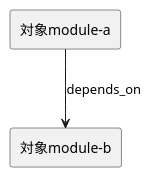
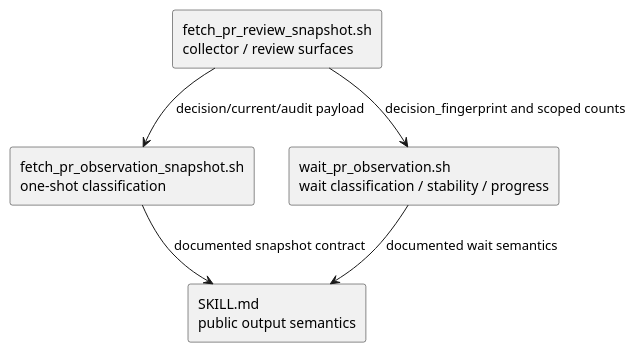
The first of 2 diagrams in spec-dock/initiatives/init-local-00003-architecture-maintenance-and-hardening/epics/epic-00067-installed-layout-aligned-asset-source-structure-for-agent-tooling/issues/iss-00182-limit-pr-observation-final-status-to-current-trigger-boundary/design.md (chemitaro/spec-dock), drawn with PlantUML before and after one commit. The commit also changed other lines of this file and 6 other files, not shown here.

````diff
--- a/spec-dock/initiatives/init-local-00003-architecture-maintenance-and-hardening/epics/epic-00067-installed-layout-aligned-asset-source-structure-for-agent-tooling/issues/iss-00182-limit-pr-observation-final-status-to-current-trigger-boundary/design.md
+++ b/spec-dock/initiatives/init-local-00003-architecture-maintenance-and-hardening/epics/epic-00067-installed-layout-aligned-asset-source-structure-for-agent-tooling/issues/iss-00182-limit-pr-observation-final-status-to-current-trigger-boundary/design.md
@@ -88,11 +283,15 @@
 ```plantuml
 @startuml
 top to bottom direction
-' show module / class / file / function dependencies that affect implementation order
-' do not copy Initiative/Epic diagrams
 
-rectangle "対象module-a" as A
-rectangle "対象module-b" as B
-A --> B : depends_on
+rectangle "fetch_pr_review_snapshot.sh\ncollector / review surfaces" as Review
+rectangle "fetch_pr_observation_snapshot.sh\none-shot classification" as Snapshot
+rectangle "wait_pr_observation.sh\nwait classification / stability / progress" as Wait
+rectangle "SKILL.md\npublic output semantics" as Docs
+
+Review --> Snapshot : decision/current/audit payload
+Review --> Wait : decision_fingerprint and scoped counts
+Snapshot --> Docs : documented snapshot contract
+Wait --> Docs : documented wait semantics
 @enduml
 ```
````
